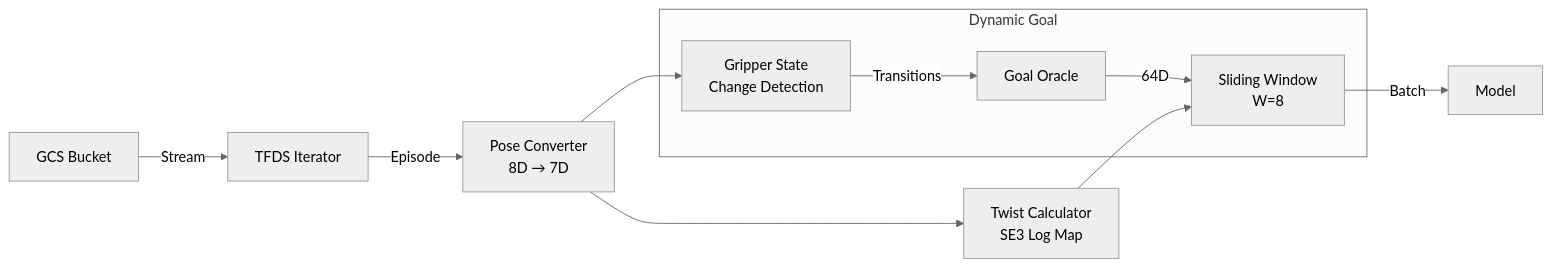
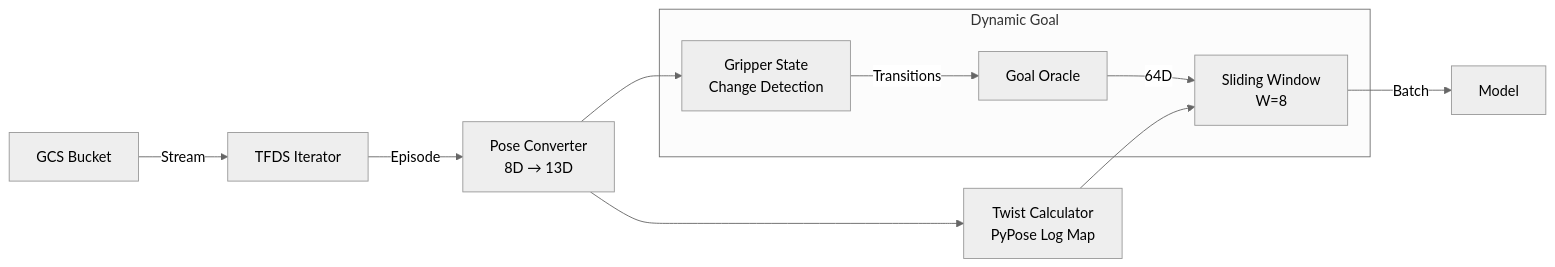
The diagram in docs/data_pipeline.md (Thoooomas14/Axis), drawn with Mermaid (neutral theme) before and after one commit. The commit also changed other lines of this file and 12 other files, not shown here.

````diff
--- a/docs/data_pipeline.md
+++ b/docs/data_pipeline.md
@@ -96,15 +100,15 @@
 ```mermaid
 graph LR
     GCS[GCS Bucket] -->|Stream| TFDS[TFDS Iterator]
-    TFDS -->|Episode| Conv[Pose Converter<br/>8D → 7D]
-    Conv --> Twist[Twist Calculator<br/>SE3 Log Map]
+    TFDS -->|Episode| Conv[Pose Converter<br/>8D → 13D]
+    Conv --> Twist[Twist Calculator<br/>PyPose Log Map]
     Conv --> GS[Gripper State<br/>Change Detection]
     
     subgraph Dynamic Goal
         GS -->|Transitions| Oracle[Goal Oracle]
         Oracle -->|64D| Window
     end
     
     Twist --> Window[Sliding Window<br/>W=8]
     Window -->|Batch| Model
 ```
````
